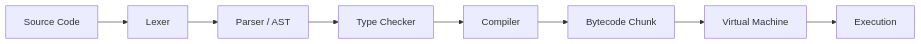
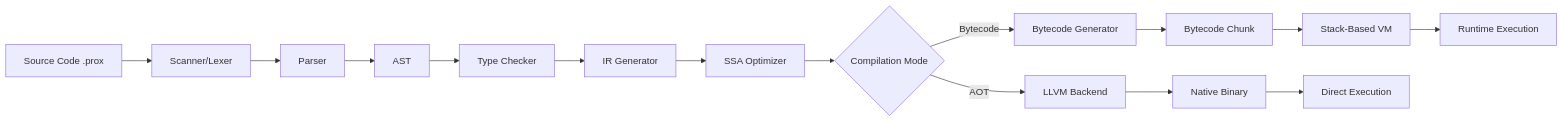
One commit to ProgrammerKR/ProXPL changed the diagram in README.md. Above: the diagram before and after it, drawn with Mermaid. The commit also changed other lines of this file and 2 other files, not shown here.

````diff
--- a/README.md
+++ b/README.md
@@ -238,10 +339,17 @@
 ```mermaid
 graph LR
-    A[Source Code] --> B[Lexer]
-    B --> C[Parser / AST]
-    C --> D[Type Checker]
-    D --> E[Compiler]
-    E --> F[Bytecode Chunk]
-    F --> G[Virtual Machine]
-    G --> H[Execution]
+    A[Source Code .prox] --> B[Scanner/Lexer]
+    B --> C[Parser]
+    C --> D[AST]
+    D --> E[Type Checker]
+    E --> F[IR Generator]
+    F --> G[SSA Optimizer]
+    G --> H{Compilation Mode}
+    H -->|Bytecode| I[Bytecode Generator]
+    H -->|AOT| J[LLVM Backend]
+    I --> K[Bytecode Chunk]
+    J --> L[Native Binary]
+    K --> M[Stack-Based VM]
+    L --> N[Direct Execution]
+    M --> O[Runtime Execution]
 ```
````
